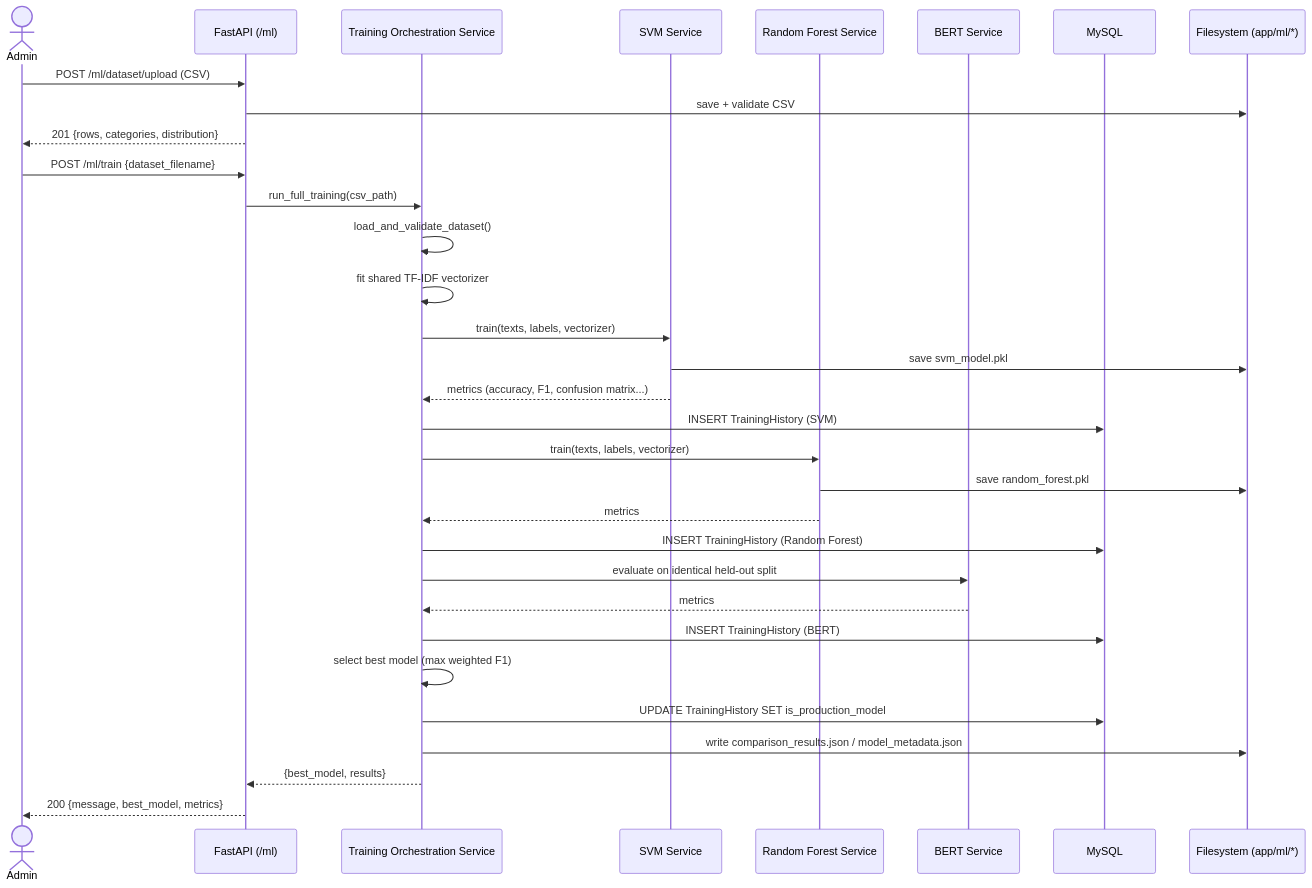
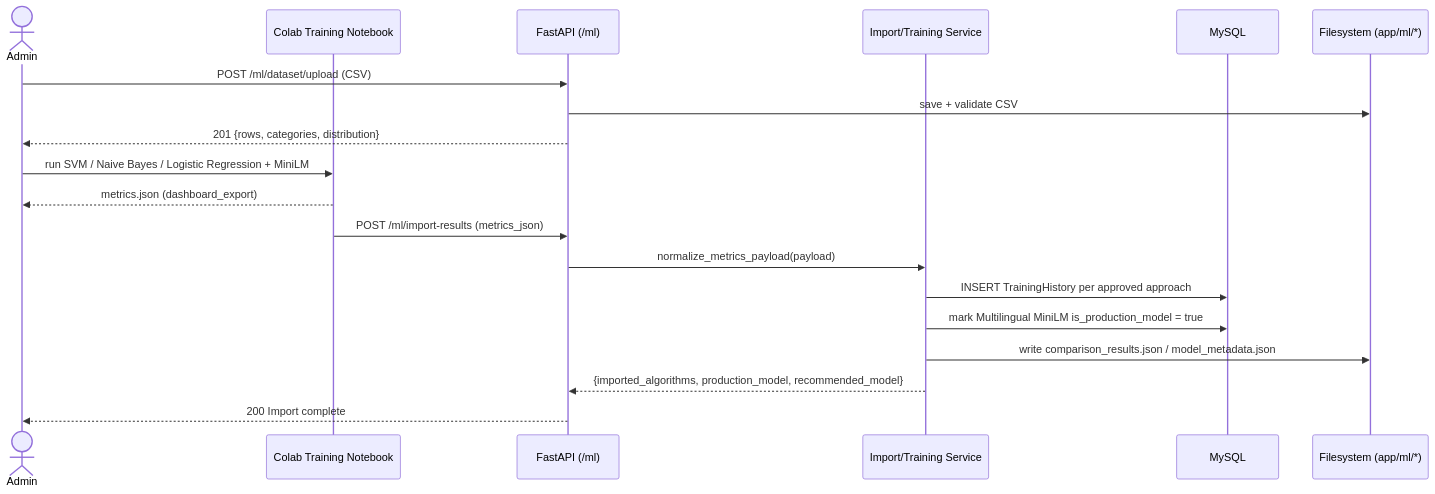
The fourth of 4 diagrams in backend/docs/DIAGRAMS.md (rowseiyyyy/Student-Sentiment-Analysis-System), drawn with Mermaid before and after one commit. The commit also changed other lines of this file and 6 other files, not shown here.

````diff
--- a/backend/docs/DIAGRAMS.md
+++ b/backend/docs/DIAGRAMS.md
@@ -179,42 +176,23 @@
 ```mermaid
 sequenceDiagram
     actor Admin
+    participant Colab as Colab Training Notebook
     participant API as FastAPI (/ml)
-    participant Training as Training Orchestration Service
-    participant SVM as SVM Service
-    participant RF as Random Forest Service
-    participant BERT as BERT Service
+    participant Training as Import/Training Service
     participant DB as MySQL
     participant FS as Filesystem (app/ml/*)
 
     Admin->>API: POST /ml/dataset/upload (CSV)
     API->>FS: save + validate CSV
     API-->>Admin: 201 {rows, categories, distribution}
 
-    Admin->>API: POST /ml/train {dataset_filename}
-    API->>Training: run_full_training(csv_path)
-
-    Training->>Training: load_and_validate_dataset()
-    Training->>Training: fit shared TF-IDF vectorizer
-
-    Training->>SVM: train(texts, labels, vectorizer)
-    SVM->>FS: save svm_model.pkl
-    SVM-->>Training: metrics (accuracy, F1, confusion matrix...)
-    Training->>DB: INSERT TrainingHistory (SVM)
-
-    Training->>RF: train(texts, labels, vectorizer)
-    RF->>FS: save random_forest.pkl
-    RF-->>Training: metrics
-    Training->>DB: INSERT TrainingHistory (Random Forest)
-
-    Training->>BERT: evaluate on identical held-out split
-    BERT-->>Training: metrics
-    Training->>DB: INSERT TrainingHistory (BERT)
-
-    Training->>Training: select best model (max weighted F1)
-    Training->>DB: UPDATE TrainingHistory SET is_production_model
+    Admin->>Colab: run SVM / Naive Bayes / Logistic Regression + MiniLM
+    Colab-->>Admin: metrics.json (dashboard_export)
+    Colab->>API: POST /ml/import-results (metrics_json)
+    API->>Training: normalize_metrics_payload(payload)
+    Training->>DB: INSERT TrainingHistory per approved approach
+    Training->>DB: mark Multilingual MiniLM is_production_model = true
     Training->>FS: write comparison_results.json / model_metadata.json
-
-    Training-->>API: {best_model, results}
-    API-->>Admin: 200 {message, best_model, metrics}
+    Training-->>API: {imported_algorithms, production_model, recommended_model}
+    API-->>Admin: 200 Import complete
 ```
````
